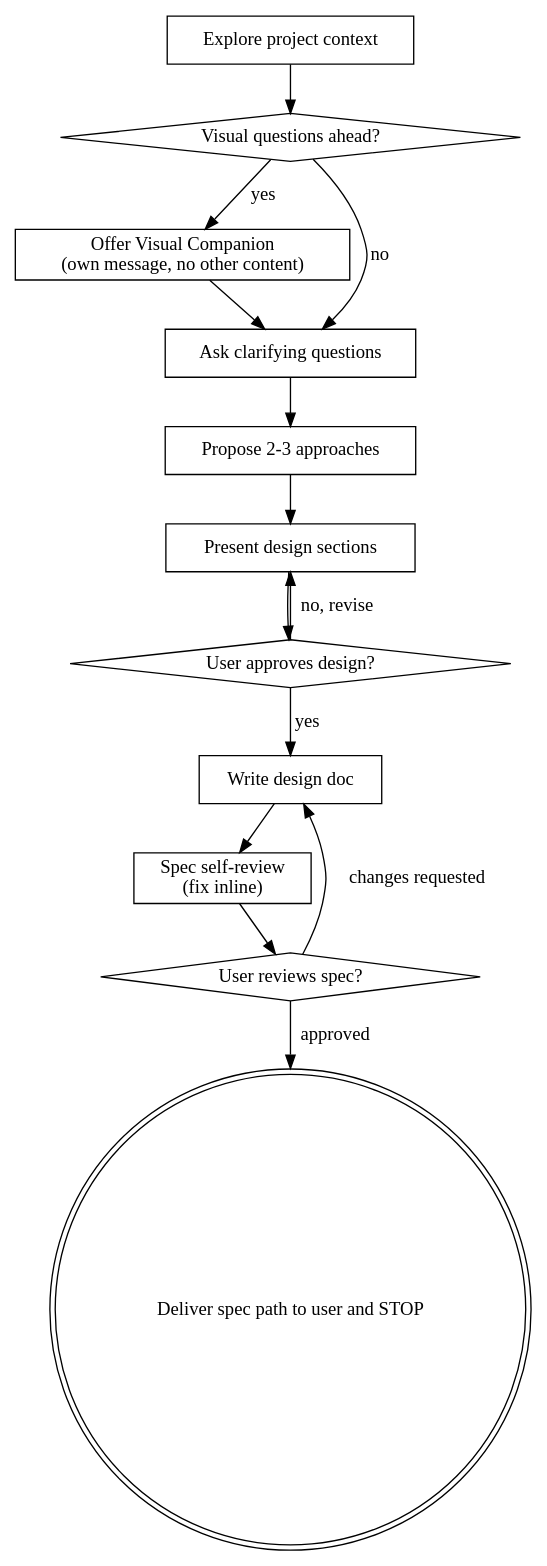
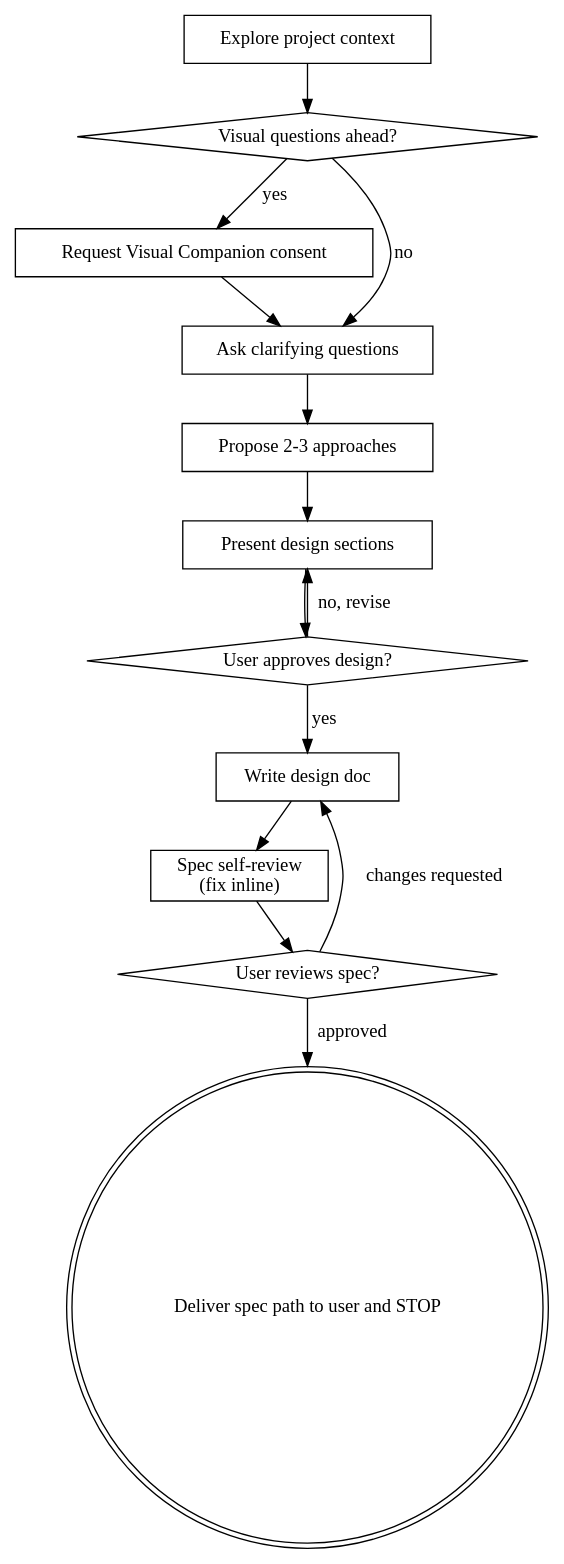
Before and after one commit to philo-veritas/pstack: the diagram in skills/spark/SKILL.md, drawn with Graphviz. The commit also changed other lines of this file and 4 other files, not shown here.

````diff
--- a/skills/spark/SKILL.md
+++ b/skills/spark/SKILL.md
@@ -37,29 +40,29 @@
 ```dot
 digraph brainstorming {
     "Explore project context" [shape=box];
     "Visual questions ahead?" [shape=diamond];
-    "Offer Visual Companion\n(own message, no other content)" [shape=box];
+    "Request Visual Companion consent" [shape=box];
     "Ask clarifying questions" [shape=box];
     "Propose 2-3 approaches" [shape=box];
     "Present design sections" [shape=box];
     "User approves design?" [shape=diamond];
     "Write design doc" [shape=box];
     "Spec self-review\n(fix inline)" [shape=box];
     "User reviews spec?" [shape=diamond];
     "Deliver spec path to user and STOP" [shape=doublecircle];
 
     "Explore project context" -> "Visual questions ahead?";
-    "Visual questions ahead?" -> "Offer Visual Companion\n(own message, no other content)" [label="yes"];
+    "Visual questions ahead?" -> "Request Visual Companion consent" [label="yes"];
     "Visual questions ahead?" -> "Ask clarifying questions" [label="no"];
-    "Offer Visual Companion\n(own message, no other content)" -> "Ask clarifying questions";
+    "Request Visual Companion consent" -> "Ask clarifying questions";
     "Ask clarifying questions" -> "Propose 2-3 approaches";
     "Propose 2-3 approaches" -> "Present design sections";
     "Present design sections" -> "User approves design?";
     "User approves design?" -> "Present design sections" [label="no, revise"];
     "User approves design?" -> "Write design doc" [label="yes"];
     "Write design doc" -> "Spec self-review\n(fix inline)";
     "Spec self-review\n(fix inline)" -> "User reviews spec?";
     "User reviews spec?" -> "Write design doc" [label="changes requested"];
     "User reviews spec?" -> "Deliver spec path to user and STOP" [label="approved"];
 }
 ```
````
